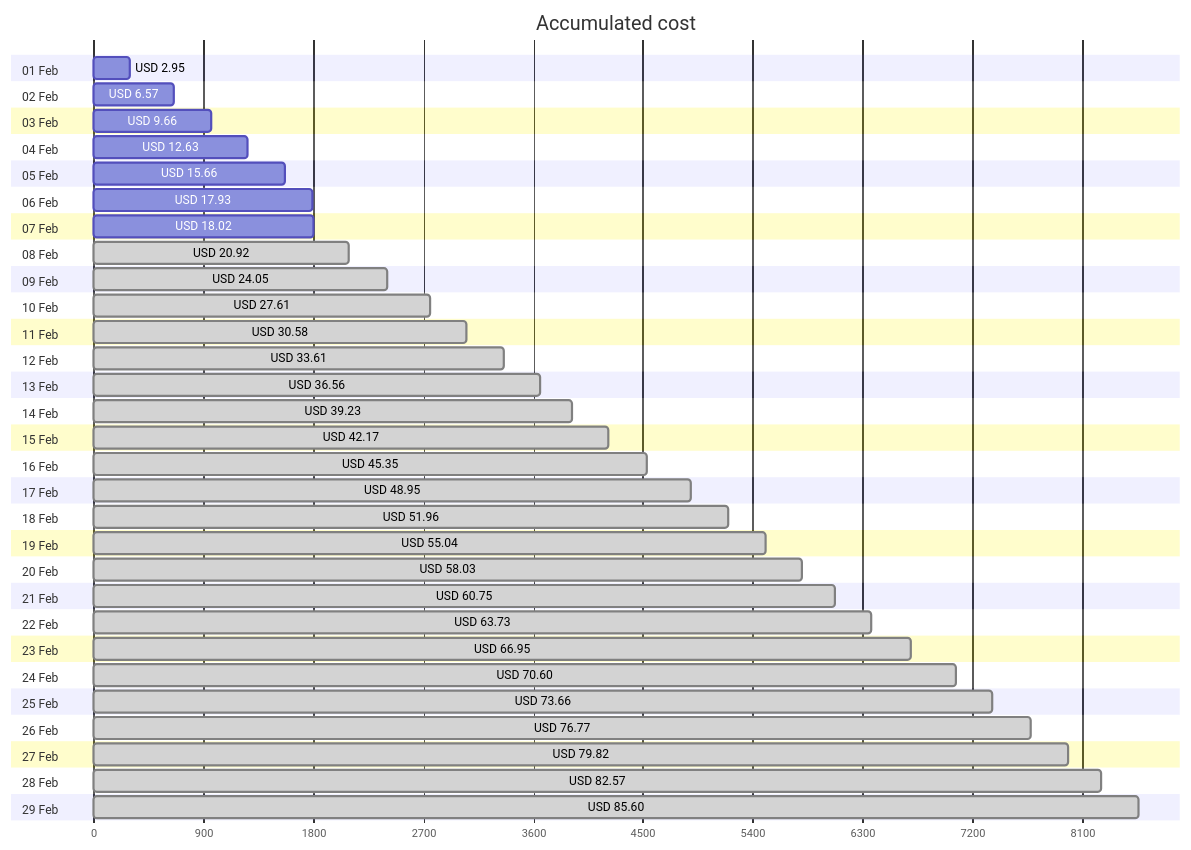
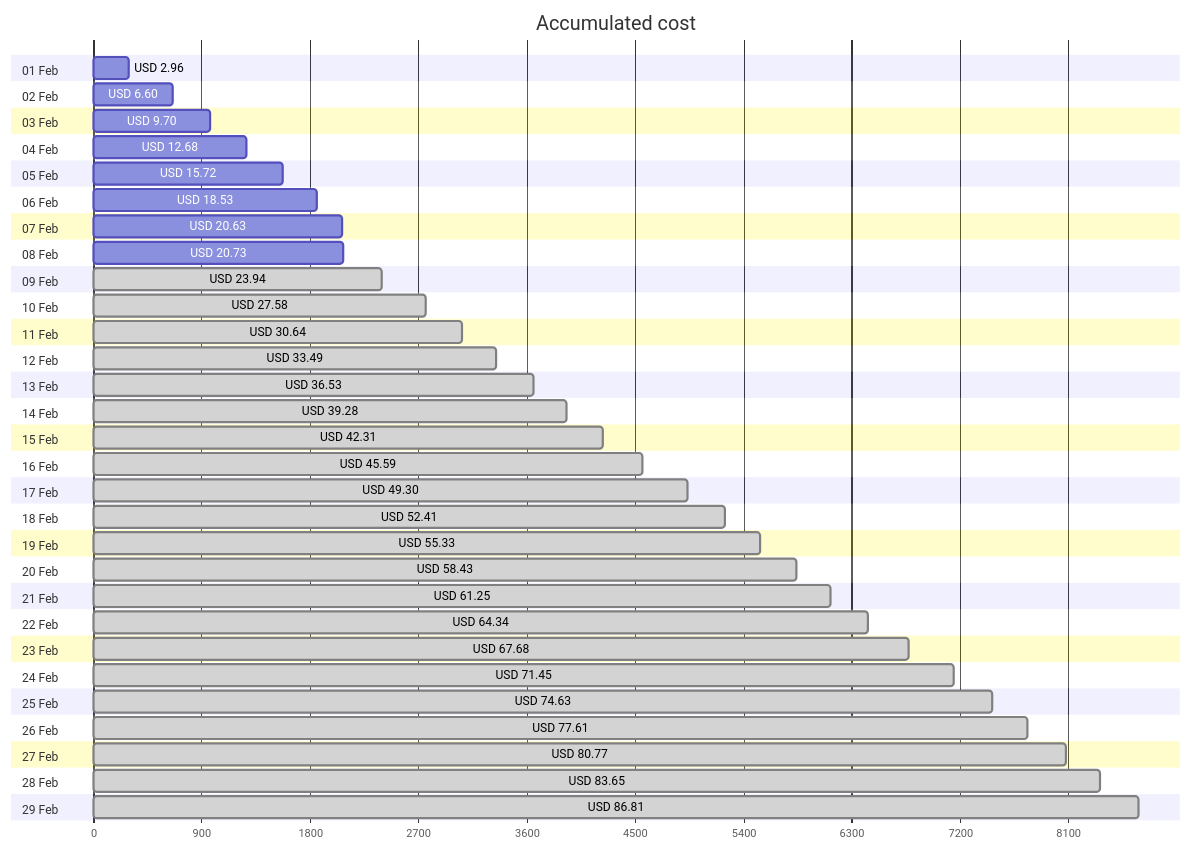
Before and after one commit to jpfulton/azure-personal-reports: the first of 4 diagrams in cost-reports/accumulated-cost.md, drawn with Mermaid. The commit also changed other lines of this file and 4 other files, not shown here.

````diff
--- a/cost-reports/accumulated-cost.md
+++ b/cost-reports/accumulated-cost.md
@@ -20,64 +20,64 @@
 ```mermaid
 gantt
    title Accumulated cost
    dateFormat  X
    axisFormat %s
    section 01 Feb
-   USD 2.95 :0, 295
+   USD 2.96 :0, 296
    section 02 Feb
-   USD 6.57 :0, 657
+   USD 6.60 :0, 660
    section 03 Feb
-   USD 9.66 :0, 966
+   USD 9.70 :0, 970
    section 04 Feb
-   USD 12.63 :0, 1263
+   USD 12.68 :0, 1268
    section 05 Feb
-   USD 15.66 :0, 1566
+   USD 15.72 :0, 1572
    section 06 Feb
-   USD 17.93 :0, 1793
+   USD 18.53 :0, 1853
    section 07 Feb
-   USD 18.02 :0, 1802
+   USD 20.63 :0, 2063
    section 08 Feb
-   USD 20.92 : done, 0, 2092
+   USD 20.73 :0, 2073
    section 09 Feb
-   USD 24.05 : done, 0, 2405
+   USD 23.94 : done, 0, 2394
    section 10 Feb
-   USD 27.61 : done, 0, 2761
+   USD 27.58 : done, 0, 2758
    section 11 Feb
-   USD 30.58 : done, 0, 3058
+   USD 30.64 : done, 0, 3064
    section 12 Feb
-   USD 33.61 : done, 0, 3361
+   USD 33.49 : done, 0, 3349
    section 13 Feb
-   USD 36.56 : done, 0, 3656
+   USD 36.53 : done, 0, 3653
    section 14 Feb
-   USD 39.23 : done, 0, 3923
+   USD 39.28 : done, 0, 3928
    section 15 Feb
-   USD 42.17 : done, 0, 4217
+   USD 42.31 : done, 0, 4231
    section 16 Feb
-   USD 45.35 : done, 0, 4535
+   USD 45.59 : done, 0, 4559
    section 17 Feb
-   USD 48.95 : done, 0, 4895
+   USD 49.30 : done, 0, 4930
    section 18 Feb
-   USD 51.96 : done, 0, 5196
+   USD 52.41 : done, 0, 5241
    section 19 Feb
-   USD 55.04 : done, 0, 5504
+   USD 55.33 : done, 0, 5533
    section 20 Feb
-   USD 58.03 : done, 0, 5803
+   USD 58.43 : done, 0, 5843
    section 21 Feb
-   USD 60.75 : done, 0, 6075
+   USD 61.25 : done, 0, 6125
    section 22 Feb
-   USD 63.73 : done, 0, 6373
+   USD 64.34 : done, 0, 6434
    section 23 Feb
-   USD 66.95 : done, 0, 6695
+   USD 67.68 : done, 0, 6768
    section 24 Feb
-   USD 70.60 : done, 0, 7060
+   USD 71.45 : done, 0, 7145
    section 25 Feb
-   USD 73.66 : done, 0, 7366
+   USD 74.63 : done, 0, 7463
    section 26 Feb
-   USD 76.77 : done, 0, 7677
+   USD 77.61 : done, 0, 7761
    section 27 Feb
-   USD 79.82 : done, 0, 7982
+   USD 80.77 : done, 0, 8077
    section 28 Feb
-   USD 82.57 : done, 0, 8257
+   USD 83.65 : done, 0, 8365
    section 29 Feb
-   USD 85.60 : done, 0, 8560
+   USD 86.81 : done, 0, 8681
 ```
````
